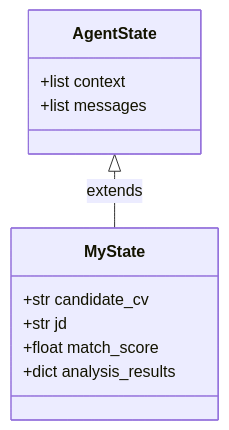
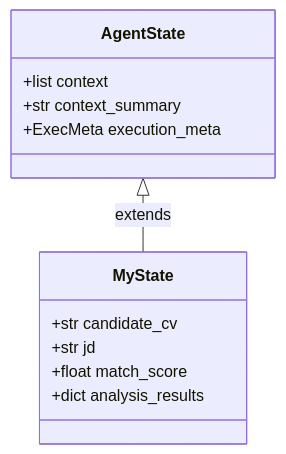
One commit to 10xHub/agentflow-docs changed the first of 2 diagrams in src/content/docs/examples/custom-state.md. Above: the diagram before and after it, drawn with Mermaid. The commit also changed other lines of this file and 94 other files, not shown here.

````diff
--- a/src/content/docs/examples/custom-state.md
+++ b/src/content/docs/examples/custom-state.md
@@ -28,14 +28,15 @@
 ```mermaid
 classDiagram
     class AgentState {
         +list context
-        +list messages
+        +str context_summary
+        +ExecMeta execution_meta
     }
     class MyState {
         +str candidate_cv
         +str jd
         +float match_score
         +dict analysis_results
     }
     AgentState <|-- MyState : extends
 ```
````
